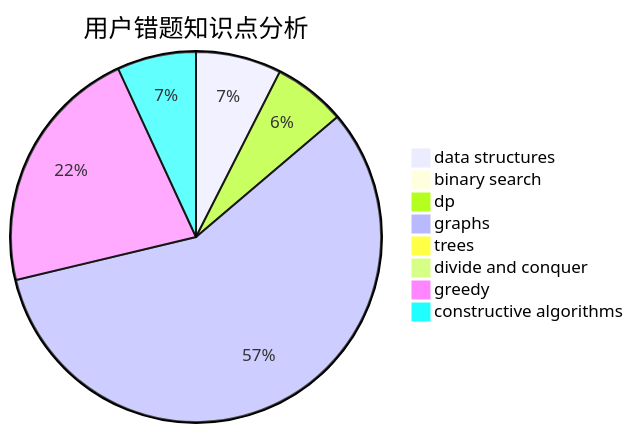
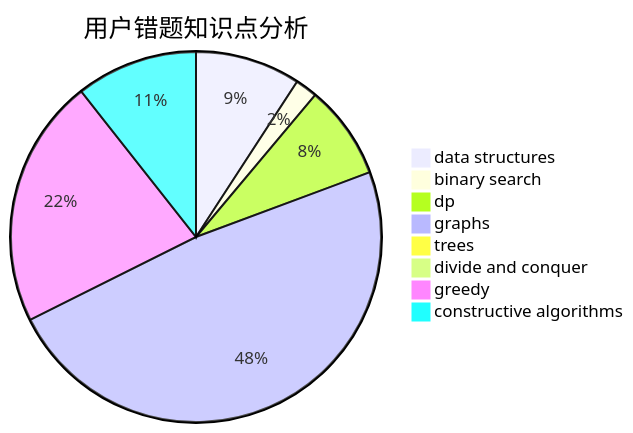
Before and after one commit to sherpahu/cfrs.github.io: the third of 3 diagrams in docs/user/u2112.md, drawn with Mermaid. The commit also changed other lines of this file and 2770 other files, not shown here.

````diff
--- a/docs/user/u2112.md
+++ b/docs/user/u2112.md
@@ -36,11 +36,11 @@
 ```mermaid
 pie title 用户错题知识点分析
-    "data structures" :  13
-    "binary search" :  1
-    "dp" :  11
+    "data structures" :  19
+    "binary search" :  4
+    "dp" :  17
     "graphs" :  100
     "trees" :  0
     "divide and conquer" :  0
-    "greedy" :  38
-    "constructive algorithms" :  12
+    "greedy" :  45
+    "constructive algorithms" :  22
 ```
````
